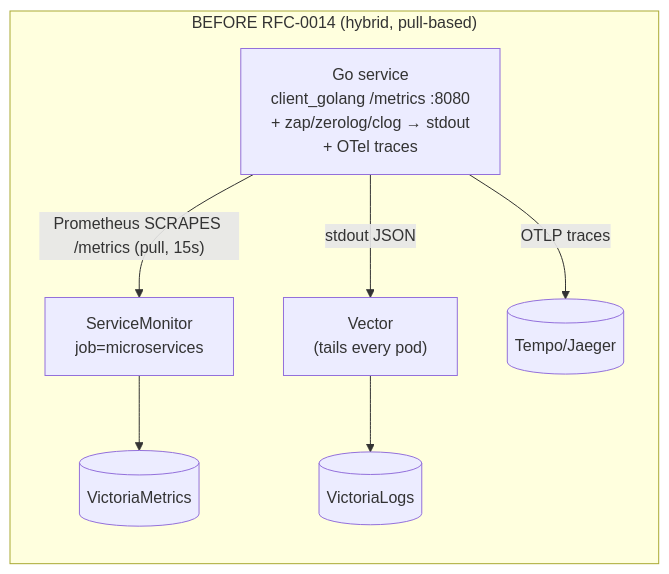
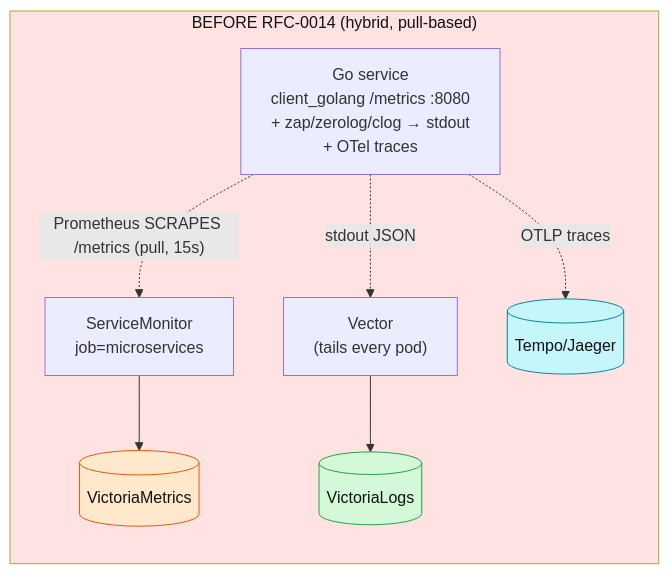
The first of 7 diagrams in docs/observability/rfc-0014-explainer.md (duynhlab/homelab), drawn with Mermaid before and after one commit. The commit also changed other lines of this file and 8 other files, not shown here.

First line of the commit message:
Restyle RFC-0014 observability diagrams (#482)

````diff
--- a/docs/observability/rfc-0014-explainer.md
+++ b/docs/observability/rfc-0014-explainer.md
@@ -45,15 +45,22 @@
 ```mermaid
 flowchart TB
     subgraph OLD["BEFORE RFC-0014 (hybrid, pull-based)"]
         direction TB
         svcO["Go service<br/>client_golang /metrics :8080<br/>+ zap/zerolog/clog → stdout<br/>+ OTel traces"]
         sm["ServiceMonitor<br/>job=microservices"]
         vecO["Vector<br/>(tails every pod)"]
         vmO[(VictoriaMetrics)]
         vlO[(VictoriaLogs)]
         tO[(Tempo/Jaeger)]
-        svcO -->|"Prometheus SCRAPES /metrics (pull, 15s)"| sm --> vmO
-        svcO -->|"stdout JSON"| vecO --> vlO
-        svcO -->|"OTLP traces"| tO
+        svcO -.->|"Prometheus SCRAPES /metrics (pull, 15s)"| sm --> vmO
+        svcO -.->|"stdout JSON"| vecO --> vlO
+        svcO -.->|"OTLP traces"| tO
     end
+    classDef metric fill:#ffe8cc,stroke:#e8590c,color:#111;
+    classDef log fill:#d3f9d8,stroke:#2f9e44,color:#111;
+    classDef trace fill:#c5f6fa,stroke:#0c8599,color:#111;
+    class vmO metric;
+    class vlO log;
+    class tO trace;
+    style OLD fill:#ffe3e3,color:#111;
 ```
````
